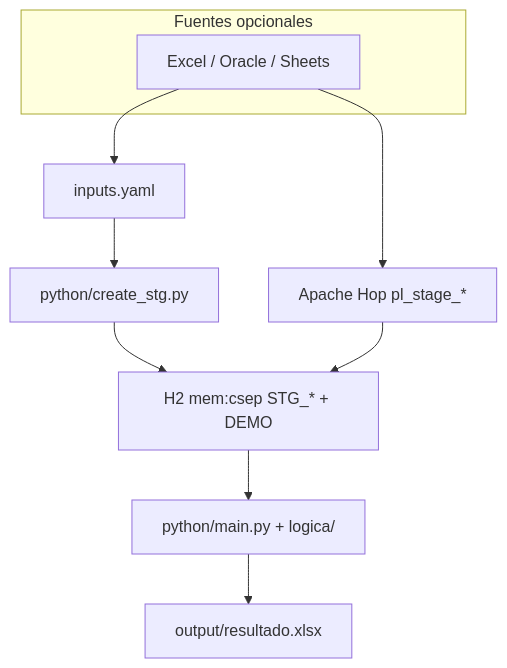
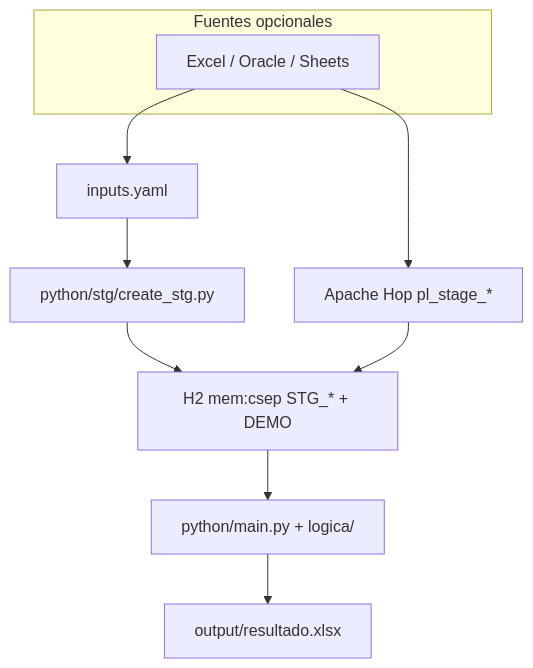
Before and after one commit to nwodevops/etl_informes_harness: the diagram in docs/arquitectura.md, drawn with Mermaid. The commit also changed other lines of this file and 48 other files, not shown here.

````diff
--- a/docs/arquitectura.md
+++ b/docs/arquitectura.md
@@ -7,18 +7,18 @@
 ```mermaid
 flowchart TB
   subgraph fuentes [Fuentes opcionales]
     EX["Excel / Oracle / Sheets"]
   end
 
   YAML["inputs.yaml"]
-  PYDDL["python/create_stg.py"]
+  PYDDL["python/stg/create_stg.py"]
   HOP["Apache Hop pl_stage_*"]
   H2["H2 mem:csep STG_* + DEMO"]
   PY["python/main.py + logica/"]
   OUT["output/resultado.xlsx"]
 
   EX --> YAML
   YAML --> PYDDL --> H2
   EX --> HOP --> H2
   H2 --> PY --> OUT
 ```
````
